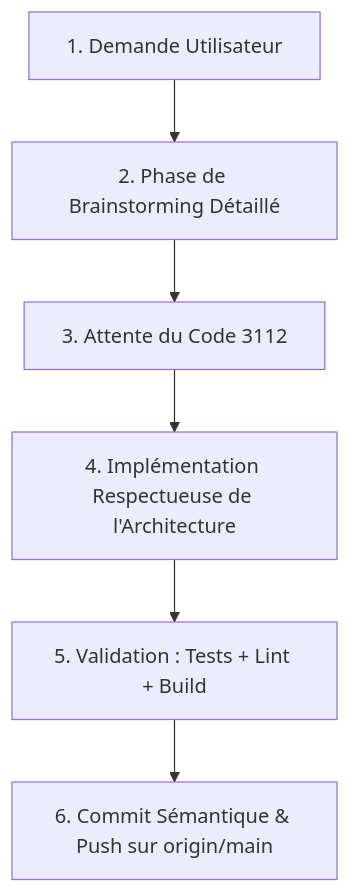
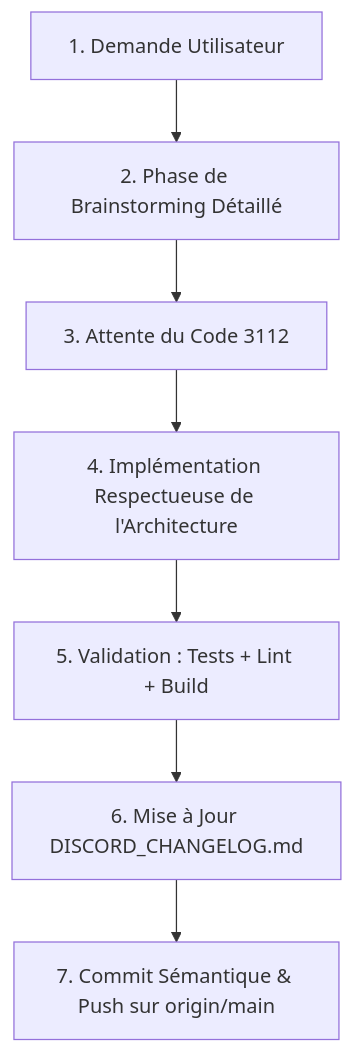
The diagram in agents.md (MisterSad/FGFWIKI), drawn with Mermaid before and after one commit. The commit also changed other lines of this file, not shown here.

````diff
--- a/agents.md
+++ b/agents.md
@@ -11,8 +11,9 @@
 ```mermaid
 flowchart TD
     Step1[1. Demande Utilisateur] --> Step2[2. Phase de Brainstorming Détaillé]
     Step2 --> Step3[3. Attente du Code 3112]
     Step3 --> Step4[4. Implémentation Respectueuse de l'Architecture]
     Step4 --> Step5[5. Validation : Tests + Lint + Build]
-    Step5 --> Step6[6. Commit Sémantique & Push sur origin/main]
+    Step5 --> Step6[6. Mise à Jour DISCORD_CHANGELOG.md]
+    Step6 --> Step7[7. Commit Sémantique & Push sur origin/main]
 ```
````
